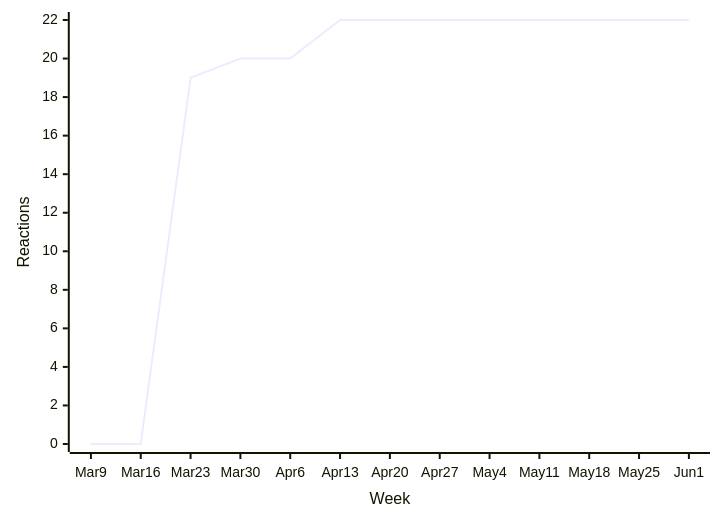
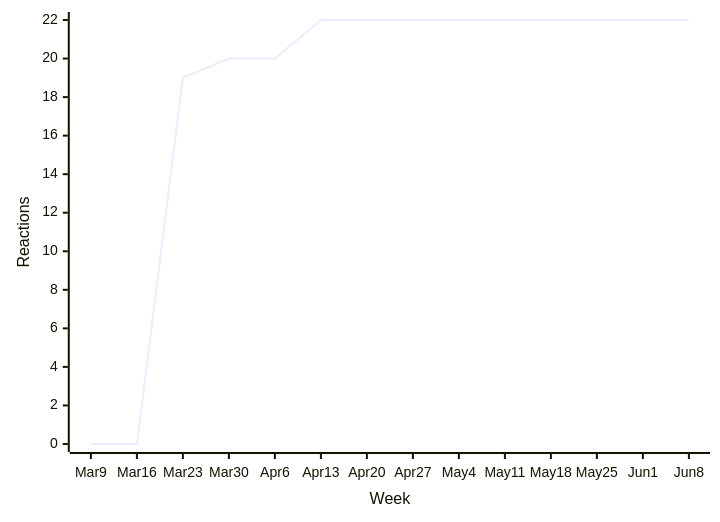
Before and after one commit to loic-sharma/github-insights: the seventh of 44 diagrams in README.md, drawn with Mermaid. The commit also changed other lines of this file and 3 other files, not shown here.

````diff
--- a/README.md
+++ b/README.md
@@ -441,6 +441,6 @@
   ```mermaid
   xychart-beta
-    x-axis "Week" [Mar 9, Mar 16, Mar 23, Mar 30, Apr 6, Apr 13, Apr 20, Apr 27, May 4, May 11, May 18, May 25, Jun 1]
+    x-axis "Week" [Mar 9, Mar 16, Mar 23, Mar 30, Apr 6, Apr 13, Apr 20, Apr 27, May 4, May 11, May 18, May 25, Jun 1, Jun 8]
     y-axis "Reactions"
-    line [0, 0, 19, 20, 20, 22, 22, 22, 22, 22, 22, 22, 22]
+    line [0, 0, 19, 20, 20, 22, 22, 22, 22, 22, 22, 22, 22, 22]
   ```
````
